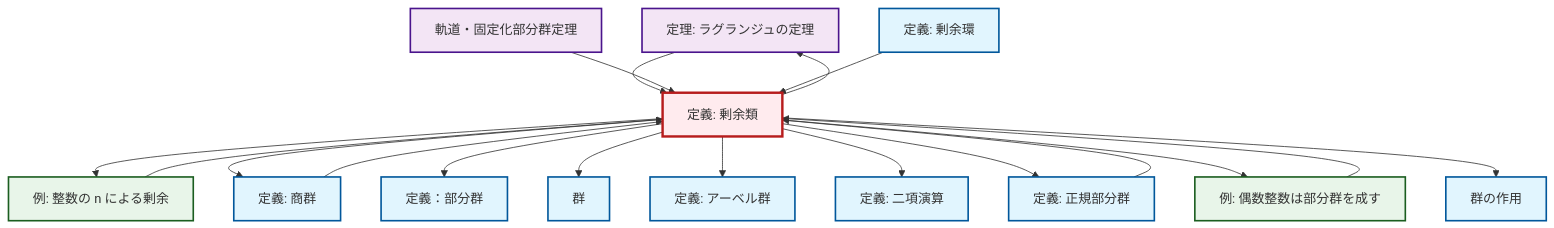
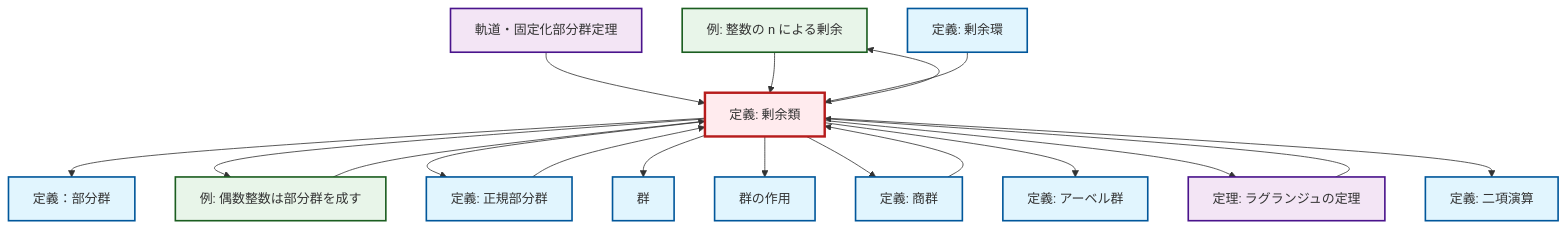
The diagram in content/ja/algebra/def-coset.qmd (RK0429/ModernMath), drawn with Mermaid before and after one commit. The commit also changed other lines of this file and 1012 other files, not shown here.

````diff
--- a/content/ja/algebra/def-coset.qmd
+++ b/content/ja/algebra/def-coset.qmd
@@ -162,52 +162,52 @@
 ```{mermaid}
 %%| fig-cap: "Local dependency graph"
 graph TD
     classDef definition fill:#e1f5fe,stroke:#01579b,stroke-width:2px
     classDef theorem fill:#f3e5f5,stroke:#4a148c,stroke-width:2px
     classDef axiom fill:#fff3e0,stroke:#e65100,stroke-width:2px
     classDef example fill:#e8f5e9,stroke:#1b5e20,stroke-width:2px
     classDef current fill:#ffebee,stroke:#b71c1c,stroke-width:3px
+    def-subgroup["定義：部分群"]:::definition
+    def-binary-operation["定義: 二項演算"]:::definition
+    ex-quotient-integers-mod-n["例: 整数の n による剰余"]:::example
+    thm-orbit-stabilizer["軌道・固定化部分群定理"]:::theorem
+    def-group-action["群の作用"]:::definition
+    def-abelian-group["定義: アーベル群"]:::definition
     thm-lagrange["定理: ラグランジュの定理"]:::theorem
-    thm-orbit-stabilizer["軌道・固定化部分群定理"]:::theorem
     def-normal-subgroup["定義: 正規部分群"]:::definition
-    def-binary-operation["定義: 二項演算"]:::definition
+    def-coset["定義: 剰余類"]:::definition
+    def-quotient-ring["定義: 剰余環"]:::definition
+    def-quotient-group["定義: 商群"]:::definition
+    def-group["群"]:::definition
     ex-even-integers-subgroup["例: 偶数整数は部分群を成す"]:::example
-    def-quotient-ring["定義: 剰余環"]:::definition
-    def-subgroup["定義：部分群"]:::definition
-    def-quotient-group["定義: 商群"]:::definition
-    def-abelian-group["定義: アーベル群"]:::definition
-    ex-quotient-integers-mod-n["例: 整数の n による剰余"]:::example
-    def-coset["定義: 剰余類"]:::definition
-    def-group-action["群の作用"]:::definition
-    def-group["群"]:::definition
-    def-coset --> ex-quotient-integers-mod-n
+    def-coset --> def-subgroup
+    def-coset --> ex-even-integers-subgroup
+    def-coset --> def-normal-subgroup
+    thm-orbit-stabilizer --> def-coset
+    def-coset --> def-group
     thm-lagrange --> def-coset
-    thm-orbit-stabilizer --> def-coset
+    def-coset --> def-group-action
+    def-normal-subgroup --> def-coset
     def-coset --> def-quotient-group
+    def-coset --> def-abelian-group
+    def-coset --> thm-lagrange
+    ex-quotient-integers-mod-n --> def-coset
     ex-even-integers-subgroup --> def-coset
-    ex-quotient-integers-mod-n --> def-coset
-    def-coset --> def-subgroup
-    def-coset --> thm-lagrange
-    def-coset --> def-group
     def-quotient-ring --> def-coset
-    def-coset --> def-abelian-group
     def-coset --> def-binary-operation
     def-quotient-group --> def-coset
-    def-coset --> def-normal-subgroup
-    def-coset --> ex-even-integers-subgroup
-    def-normal-subgroup --> def-coset
-    def-coset --> def-group-action
+    def-coset --> ex-quotient-integers-mod-n
     class def-coset current
+    click def-subgroup "def-subgroup.html" "定義：部分群へ"
+    click def-binary-operation "def-binary-operation.html" "二項演算の定義へ"
+    click ex-quotient-integers-mod-n "ex-quotient-integers-mod-n.html" "整数の n による剰余の例へ"
+    click thm-orbit-stabilizer "thm-orbit-stabilizer.html" "軌道・固定化部分群定理へ"
+    click def-group-action "def-group-action.html" "群の作用へ"
+    click def-abelian-group "def-abelian-group.html" "アーベル群の定義へ"
     click thm-lagrange "thm-lagrange.html" "ラグランジュの定理の定理へ"
-    click thm-orbit-stabilizer "thm-orbit-stabilizer.html" "軌道・固定化部分群定理へ"
     click def-normal-subgroup "def-normal-subgroup.html" "正規部分群の定義へ"
-    click def-binary-operation "def-binary-operation.html" "二項演算の定義へ"
+    click def-quotient-ring "def-quotient-ring.html" "剰余環の定義へ"
+    click def-quotient-group "def-quotient-group.html" "商群の定義へ"
+    click def-group "def-group.html" "群へ"
     click ex-even-integers-subgroup "ex-even-integers-subgroup.html" "偶数整数は部分群を成すの例へ"
-    click def-quotient-ring "def-quotient-ring.html" "剰余環の定義へ"
-    click def-subgroup "def-subgroup.html" "定義：部分群へ"
-    click def-quotient-group "def-quotient-group.html" "商群の定義へ"
-    click def-abelian-group "def-abelian-group.html" "アーベル群の定義へ"
-    click ex-quotient-integers-mod-n "ex-quotient-integers-mod-n.html" "整数の n による剰余の例へ"
-    click def-group-action "def-group-action.html" "群の作用へ"
-    click def-group "def-group.html" "群へ"
 ```
````
